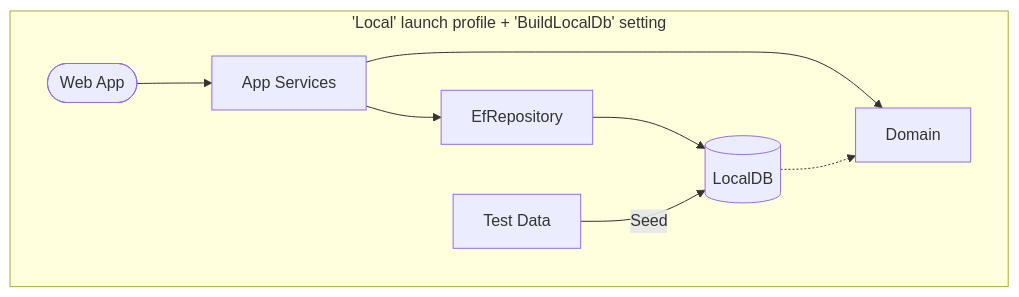
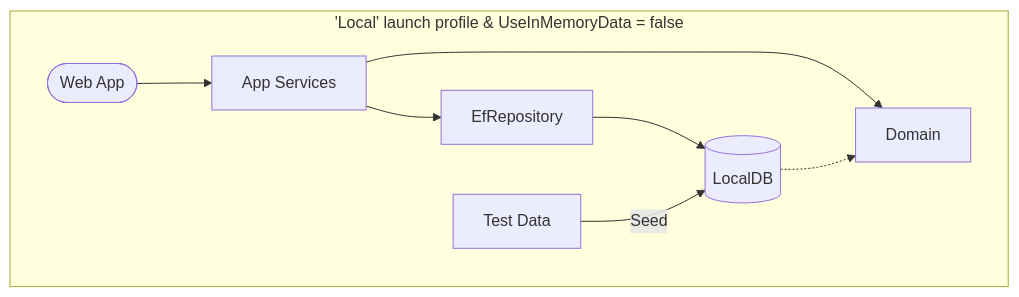
Before and after one commit to gaepdit/complaint-tracking: the second of 3 diagrams in README.md, drawn with Mermaid. The commit also changed other lines of this file and 44 other files, not shown here.

````diff
--- a/README.md
+++ b/README.md
@@ -78,19 +78,19 @@
 ```mermaid
 flowchart LR
-    subgraph SPB["'Local' launch profile + 'BuildLocalDb' setting"]
+    subgraph SPB["'Local' launch profile & UseInMemoryData = false"]
         direction LR
         D[Domain]
         T[Test Data]
         R[EfRepository]
         A[App Services]
         W([Web App])
         B[(LocalDB)]
 
         W --> A
         A --> D
         R --> B
         A --> R
         T -->|Seed| B
         B -.-> D
     end
 ```
````
